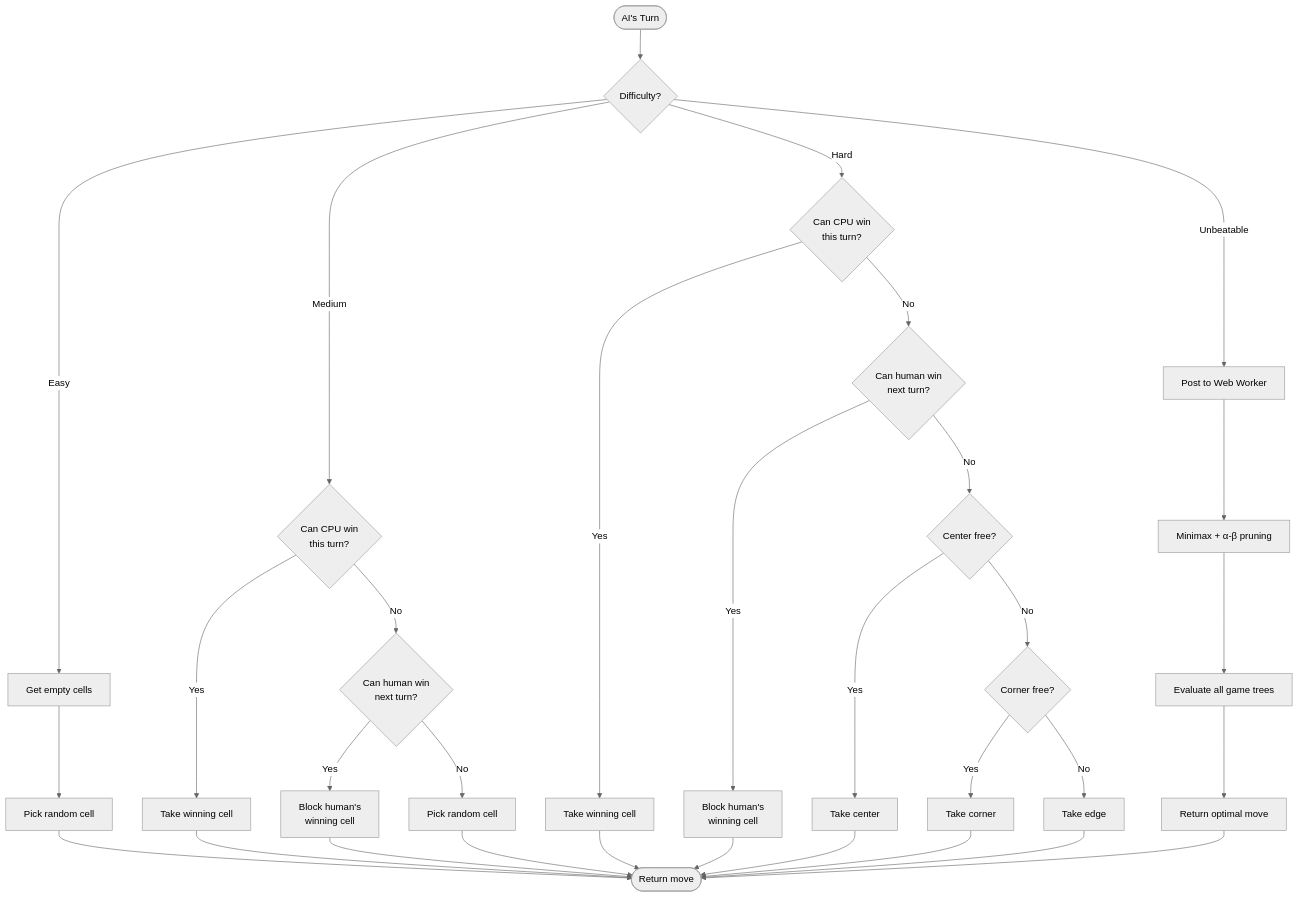
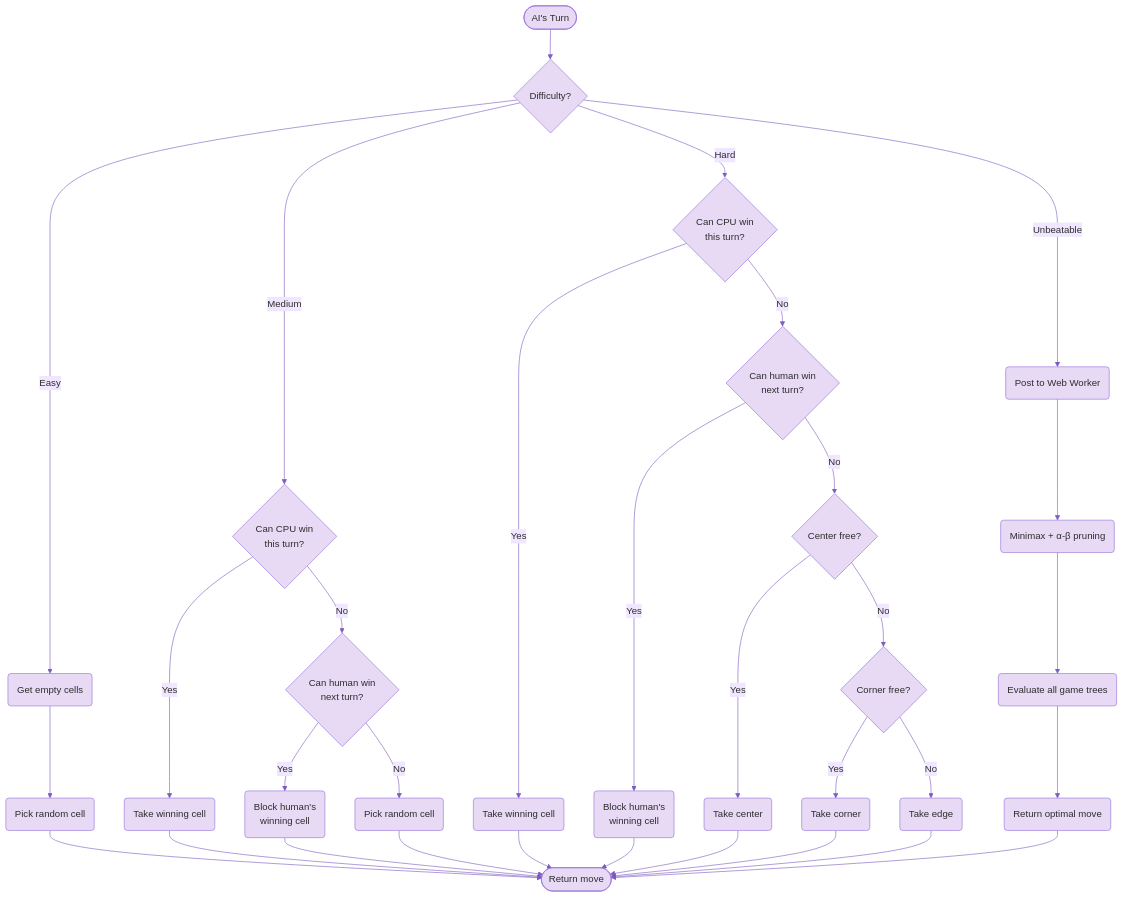
The eighth of 9 diagrams in README.md (scottdreinhart/tictactoe), drawn with Mermaid before and after one commit. The commit also changed other lines of this file, not shown here.

Commit message:
docs: use lilac/purple theme with rounded nodes for all Mermaid diagrams

````diff
--- a/README.md
+++ b/README.md
@@ -961,39 +961,39 @@
 ```mermaid
-%%{init: {'theme': 'neutral'}}%%
+%%{init: {'theme': 'base', 'themeVariables': {'primaryColor': '#e8daf5', 'primaryTextColor': '#2d2d2d', 'primaryBorderColor': '#9370DB', 'lineColor': '#7c5cbf', 'secondaryColor': '#f0e6ff', 'tertiaryColor': '#f8f2ff', 'fontFamily': 'system-ui'}}}%%
 flowchart TD
     start([AI's Turn]) --> diff{Difficulty?}
 
-    diff -->|Easy| e1[Get empty cells]
-    e1 --> e2[Pick random cell]
+    diff -->|Easy| e1("Get empty cells")
+    e1 --> e2("Pick random cell")
     e2 --> done([Return move])
 
     diff -->|Medium| m1{Can CPU win\nthis turn?}
-    m1 -->|Yes| mw[Take winning cell]
+    m1 -->|Yes| mw("Take winning cell")
     mw --> done
     m1 -->|No| m2{Can human win\nnext turn?}
-    m2 -->|Yes| mb[Block human's\nwinning cell]
+    m2 -->|Yes| mb("Block human's\nwinning cell")
     mb --> done
-    m2 -->|No| m3[Pick random cell]
+    m2 -->|No| m3("Pick random cell")
     m3 --> done
 
     diff -->|Hard| h1{Can CPU win\nthis turn?}
-    h1 -->|Yes| hw[Take winning cell]
+    h1 -->|Yes| hw("Take winning cell")
     hw --> done
     h1 -->|No| h2{Can human win\nnext turn?}
-    h2 -->|Yes| hb[Block human's\nwinning cell]
+    h2 -->|Yes| hb("Block human's\nwinning cell")
     hb --> done
     h2 -->|No| h3{Center free?}
-    h3 -->|Yes| hc[Take center]
+    h3 -->|Yes| hc("Take center")
     hc --> done
     h3 -->|No| h4{Corner free?}
-    h4 -->|Yes| hcr[Take corner]
+    h4 -->|Yes| hcr("Take corner")
     hcr --> done
-    h4 -->|No| he[Take edge]
+    h4 -->|No| he("Take edge")
     he --> done
 
-    diff -->|Unbeatable| u1[Post to Web Worker]
-    u1 --> u2[Minimax + α-β pruning]
-    u2 --> u3[Evaluate all game trees]
-    u3 --> u4[Return optimal move]
+    diff -->|Unbeatable| u1("Post to Web Worker")
+    u1 --> u2("Minimax + α-β pruning")
+    u2 --> u3("Evaluate all game trees")
+    u3 --> u4("Return optimal move")
     u4 --> done
 ```
````
